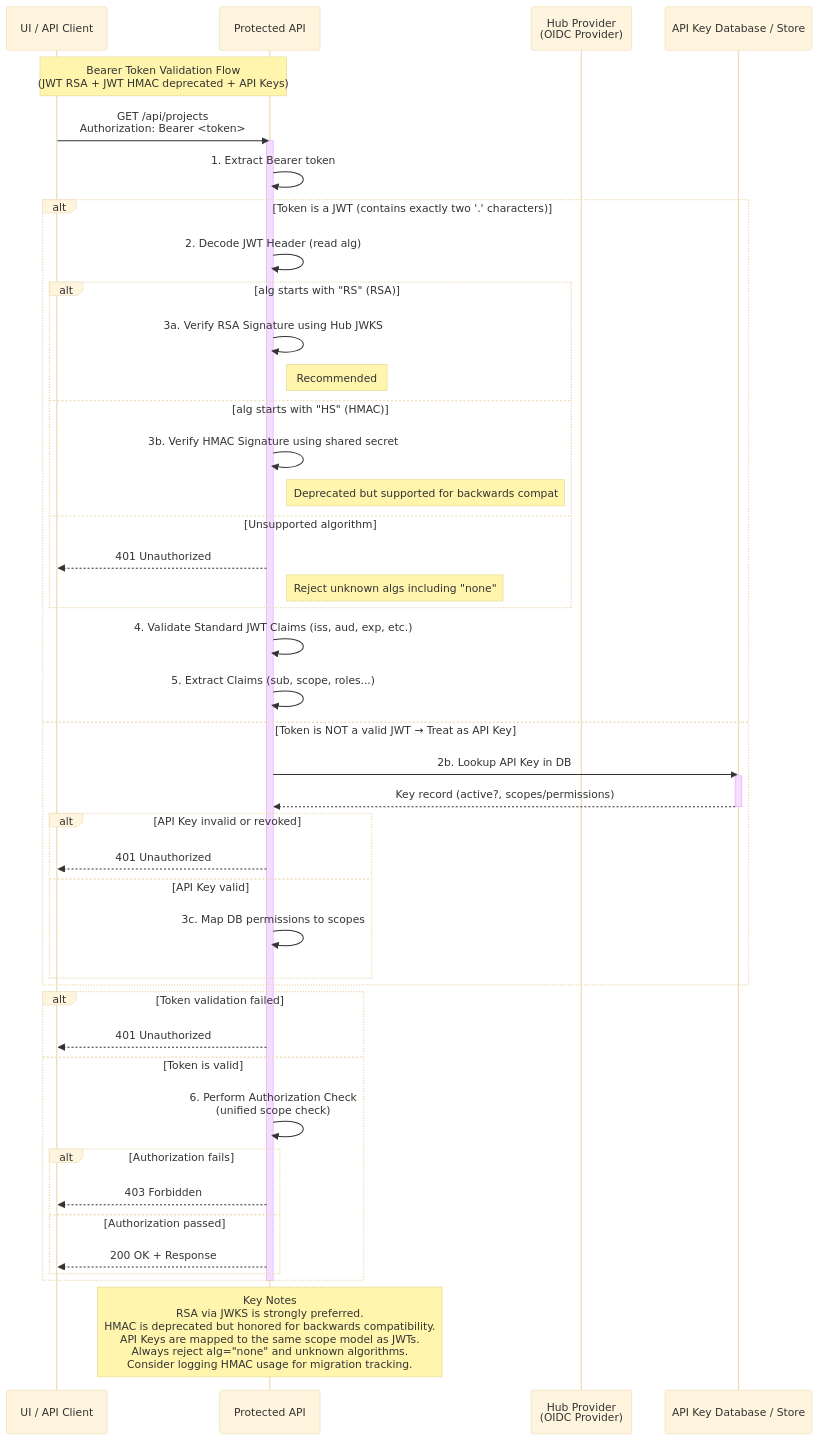
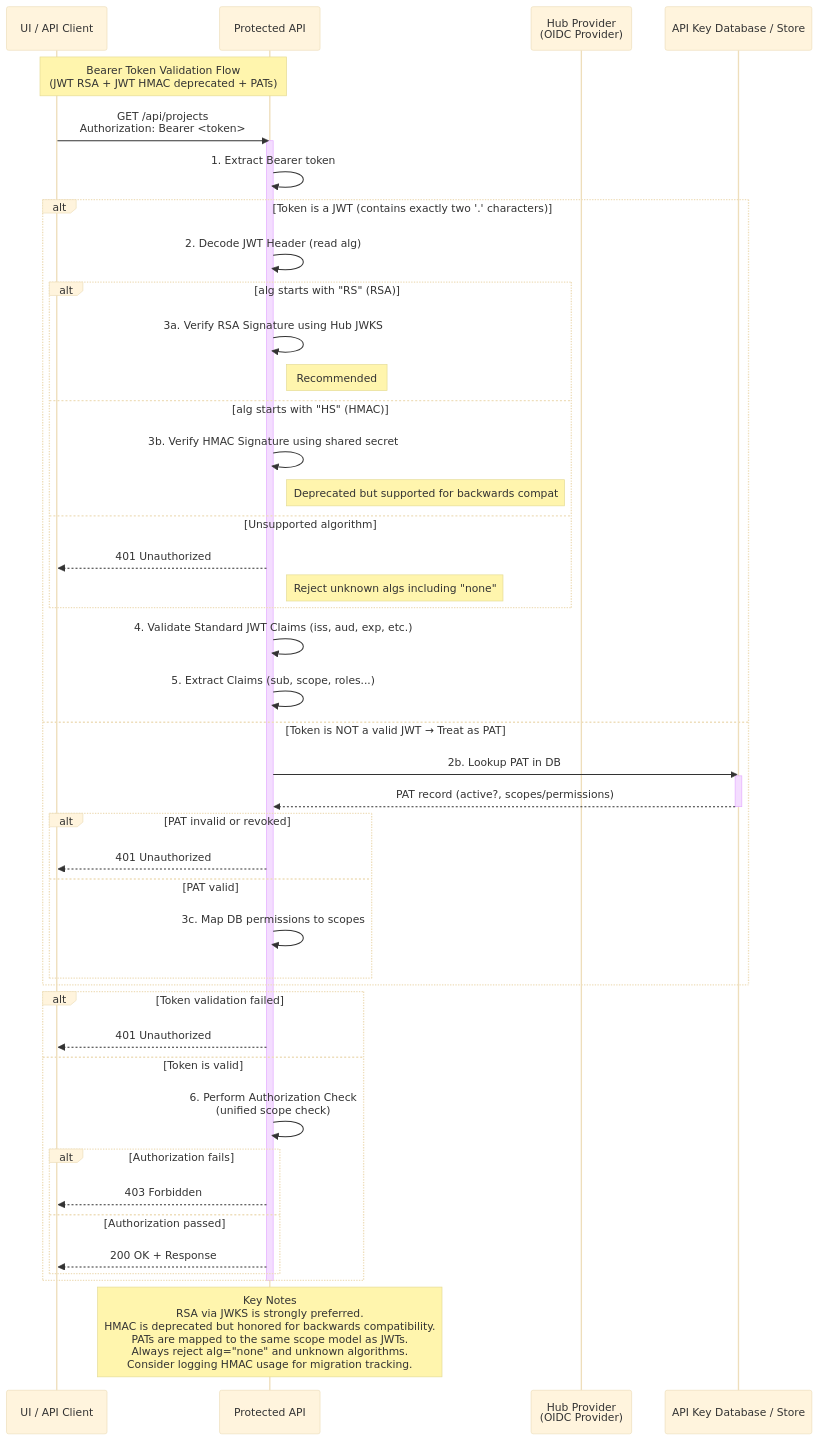
Before and after one commit to konveyor/enhancements: the fifth of 6 diagrams in enhancements/hub-oidc-provider/DESIGN.md, drawn with Mermaid (base theme). The commit also changed other lines of this file and 1 other file, not shown here.

````diff
--- a/enhancements/hub-oidc-provider/DESIGN.md
+++ b/enhancements/hub-oidc-provider/DESIGN.md
@@ -318,59 +311,59 @@
 ```mermaid
 sequenceDiagram
     participant UI as UI / API Client
     participant ProtectedAPI as Protected API
     participant Hub as Hub Provider<br>(OIDC Provider)
     participant DB as API Key Database / Store
 
-    Note over UI,ProtectedAPI: Bearer Token Validation Flow<br>(JWT RSA + JWT HMAC deprecated + API Keys)
+    Note over UI,ProtectedAPI: Bearer Token Validation Flow<br>(JWT RSA + JWT HMAC deprecated + PATs)
 
     UI->>ProtectedAPI: GET /api/projects<br>Authorization: Bearer <token>
     activate ProtectedAPI
 
     ProtectedAPI->>ProtectedAPI: 1. Extract Bearer token
 
     alt Token is a JWT (contains exactly two '.' characters)
         ProtectedAPI->>ProtectedAPI: 2. Decode JWT Header (read alg)
 
         alt alg starts with "RS" (RSA)
             ProtectedAPI->>ProtectedAPI: 3a. Verify RSA Signature using Hub JWKS
             note right of ProtectedAPI: Recommended
         else alg starts with "HS" (HMAC)
             ProtectedAPI->>ProtectedAPI: 3b. Verify HMAC Signature using shared secret
             note right of ProtectedAPI: Deprecated but supported for backwards compat
         else Unsupported algorithm
             ProtectedAPI-->>UI: 401 Unauthorized
             note right of ProtectedAPI: Reject unknown algs including "none"
         end
 
         ProtectedAPI->>ProtectedAPI: 4. Validate Standard JWT Claims (iss, aud, exp, etc.)
         ProtectedAPI->>ProtectedAPI: 5. Extract Claims (sub, scope, roles...)
 
-    else Token is NOT a valid JWT → Treat as API Key
-        ProtectedAPI->>DB: 2b. Lookup API Key in DB
+    else Token is NOT a valid JWT → Treat as PAT
+        ProtectedAPI->>DB: 2b. Lookup PAT in DB
         activate DB
-        DB-->>ProtectedAPI: Key record (active?, scopes/permissions)
+        DB-->>ProtectedAPI: PAT record (active?, scopes/permissions)
         deactivate DB
 
-        alt API Key invalid or revoked
+        alt PAT invalid or revoked
             ProtectedAPI-->>UI: 401 Unauthorized
-        else API Key valid
+        else PAT valid
             ProtectedAPI->>ProtectedAPI: 3c. Map DB permissions to scopes
         end
     end
 
     alt Token validation failed
         ProtectedAPI-->>UI: 401 Unauthorized
     else Token is valid
         ProtectedAPI->>ProtectedAPI: 6. Perform Authorization Check<br>(unified scope check)
         alt Authorization fails
             ProtectedAPI-->>UI: 403 Forbidden
         else Authorization passed
             ProtectedAPI-->>UI: 200 OK + Response
         end
     end
 
     deactivate ProtectedAPI
 
-    Note over ProtectedAPI: Key Notes<br/>RSA via JWKS is strongly preferred.<br/>HMAC is deprecated but honored for backwards compatibility.<br/>API Keys are mapped to the same scope model as JWTs.<br/>Always reject alg="none" and unknown algorithms.<br/>Consider logging HMAC usage for migration tracking.
+    Note over ProtectedAPI: Key Notes<br/>RSA via JWKS is strongly preferred.<br/>HMAC is deprecated but honored for backwards compatibility.<br/>PATs are mapped to the same scope model as JWTs.<br/>Always reject alg="none" and unknown algorithms.<br/>Consider logging HMAC usage for migration tracking.
 ```
````
